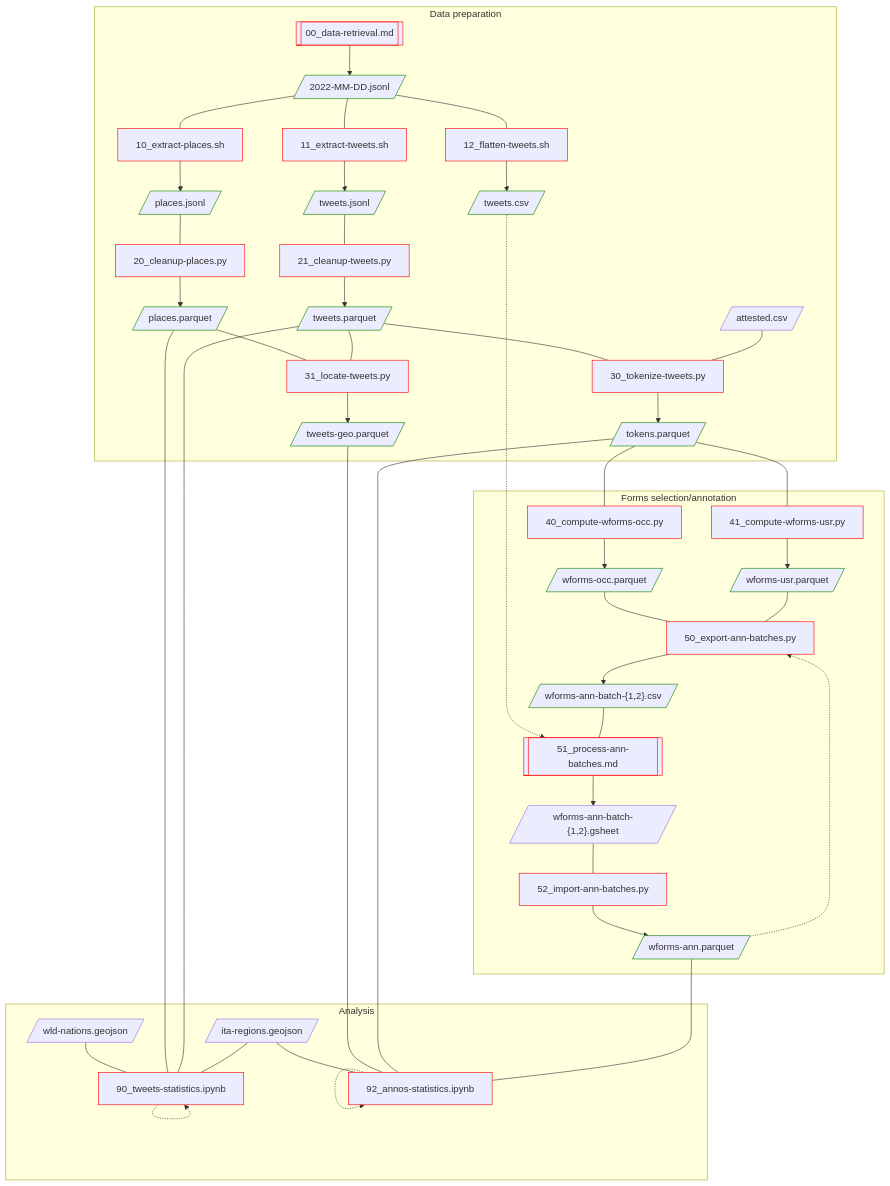
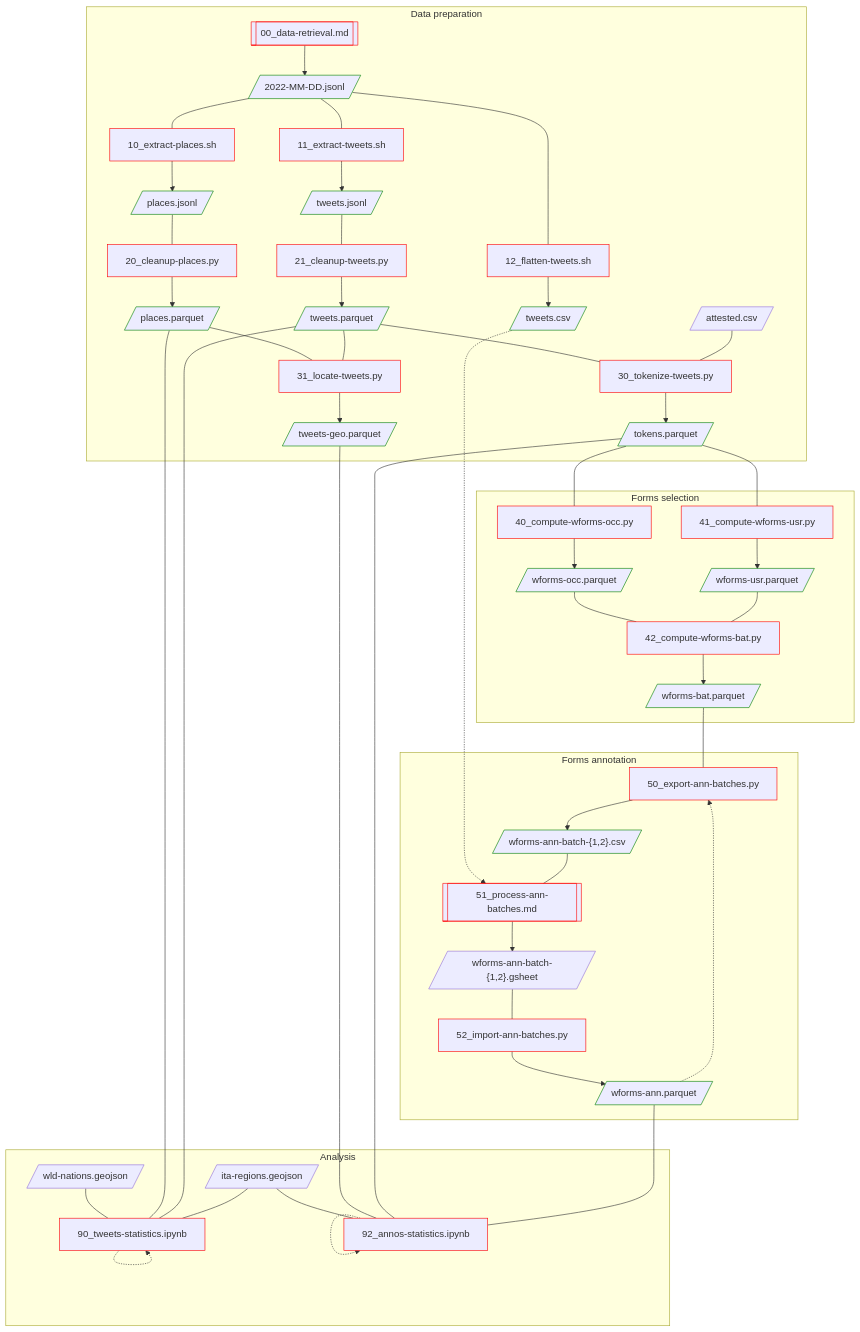
The diagram in README.md (breviloquia-italica/pipeline), drawn with Mermaid before and after one commit. The commit also changed 3 other files, not shown here.

```diff
--- a/README.md
+++ b/README.md
@@ -35,7 +35,7 @@
 
 end
 
-subgraph "Forms selection/annotation"
+subgraph "Forms selection"
 
 40[40_compute-wforms-occ.py]:::code;
 tokens.parquet --- 40 --> wforms-occ.parquet[/wforms-occ.parquet/]:::data;
@@ -43,10 +43,17 @@
 41[41_compute-wforms-usr.py]:::code;
 tokens.parquet --- 41 --> wforms-usr.parquet[/wforms-usr.parquet/]:::data;
 
+42[42_compute-wforms-bat.py]:::code;
+wforms-occ.parquet --- 42;
+wforms-usr.parquet --- 42;
+42 --> wforms-bat.parquet[/wforms-bat.parquet/]:::data;
+
+end
+
+subgraph "Forms annotation"
+
 50[50_export-ann-batches.py]:::code;
-wforms-occ.parquet --- 50;
-wforms-usr.parquet --- 50;
-50 --> wforms-ann-batch-N.csv[/"wforms-ann-batch-{1,2}.csv"/]:::data;
+wforms-bat.parquet --- 50 --> wforms-ann-batch-N.csv[/"wforms-ann-batch-{1,2}.csv"/]:::data;
 
 51[[51_process-ann-batches.md]]:::code;
 tweets.csv -.........-> 51;
```
